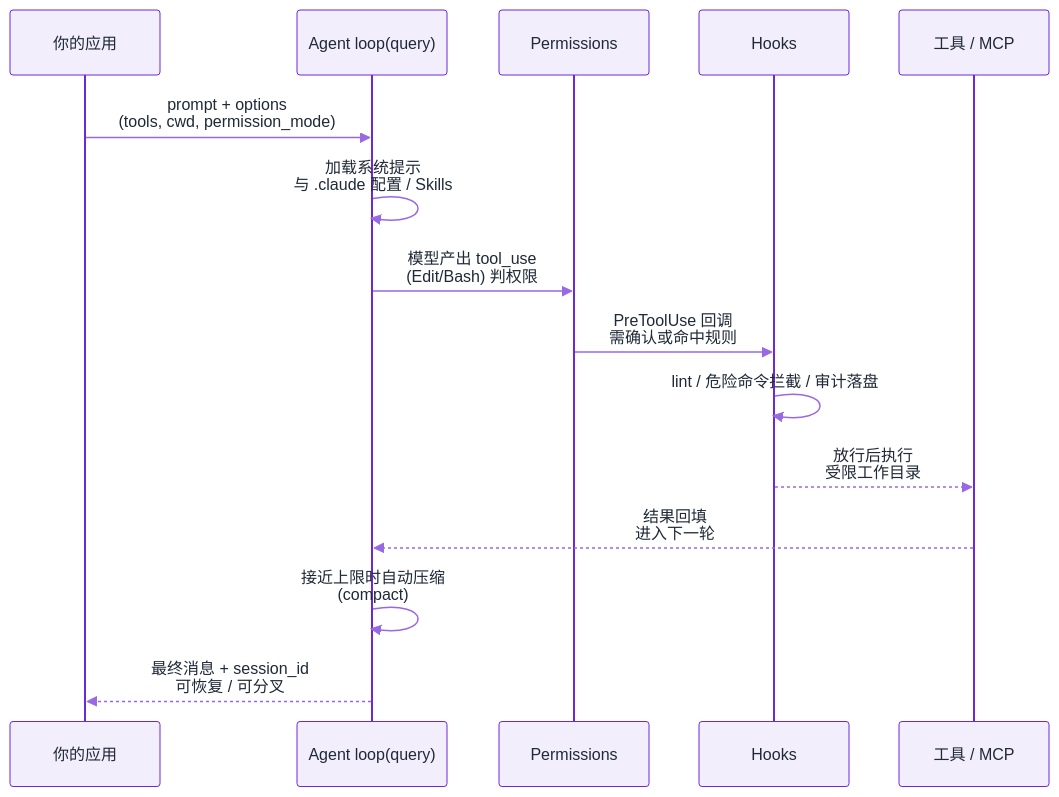
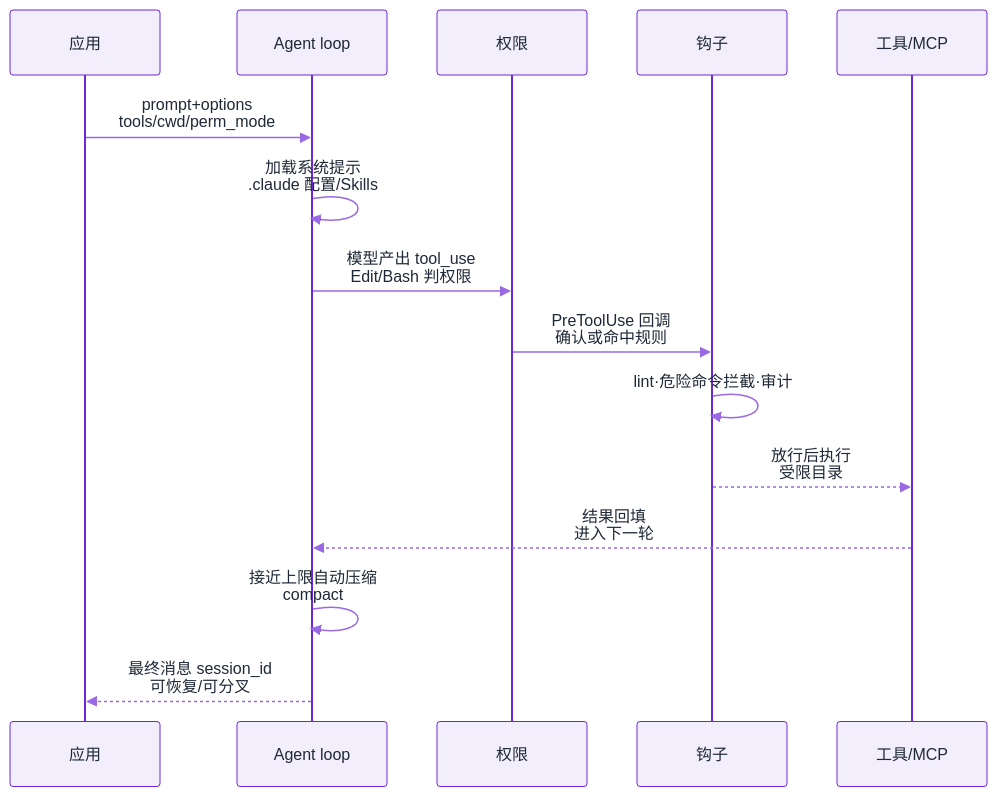
Before and after one commit to funny8kids/ai-agent-handbook: the first of 2 diagrams in docs/18-frontier-2026/claude-agent-sdk.md, drawn with Mermaid. The commit also changed other lines of this file and 45 other files, not shown here.

First line of the commit message:
Thicken 12 thin pages, clear 25 over-width diagrams, re-proportion 10 thin-ribbon diagrams

````diff
--- a/docs/18-frontier-2026/claude-agent-sdk.md
+++ b/docs/18-frontier-2026/claude-agent-sdk.md
@@ -48,18 +48,18 @@
 ```mermaid
 %%{init: {"theme":"base","themeVariables":{"primaryColor":"#F0EAFB","primaryBorderColor":"#6D28D9","primaryTextColor":"#1F2937","secondaryColor":"#DFD0F7","tertiaryColor":"#F9F6FD","lineColor":"#AF89EA","actorBkg":"#F3EEFC","actorBorder":"#6D28D9","actorTextColor":"#1F2937","signalColor":"#9969E4","noteBkgColor":"#E5D8F8","noteBorderColor":"#6D28D9","noteTextColor":"#1F2937","labelBoxBkgColor":"#F0EAFB","labelBoxBorderColor":"#6D28D9"}}}%%
 sequenceDiagram
-  participant App as 你的应用
-  participant Runner as Agent loop(query)
-  participant Perm as Permissions
-  participant Hook as Hooks
-  participant Tool as 工具 / MCP
-  App->>Runner: prompt + options<br/>(tools, cwd, permission_mode)
-  Runner->>Runner: 加载系统提示<br/>与 .claude 配置 / Skills
-  Runner->>Perm: 模型产出 tool_use<br/>(Edit/Bash) 判权限
-  Perm->>Hook: PreToolUse 回调<br/>需确认或命中规则
-  Hook->>Hook: lint / 危险命令拦截 / 审计落盘
-  Hook-->>Tool: 放行后执行<br/>受限工作目录
+  participant App as 应用
+  participant Runner as Agent loop
+  participant Perm as 权限
+  participant Hook as 钩子
+  participant Tool as 工具/MCP
+  App->>Runner: prompt+options<br/>tools/cwd/perm_mode
+  Runner->>Runner: 加载系统提示<br/>.claude 配置/Skills
+  Runner->>Perm: 模型产出 tool_use<br/>Edit/Bash 判权限
+  Perm->>Hook: PreToolUse 回调<br/>确认或命中规则
+  Hook->>Hook: lint·危险命令拦截·审计
+  Hook-->>Tool: 放行后执行<br/>受限目录
   Tool-->>Runner: 结果回填<br/>进入下一轮
-  Runner->>Runner: 接近上限时自动压缩<br/>(compact)
-  Runner-->>App: 最终消息 + session_id<br/>可恢复 / 可分叉
+  Runner->>Runner: 接近上限自动压缩<br/>compact
+  Runner-->>App: 最终消息 session_id<br/>可恢复/可分叉
 ```
````
